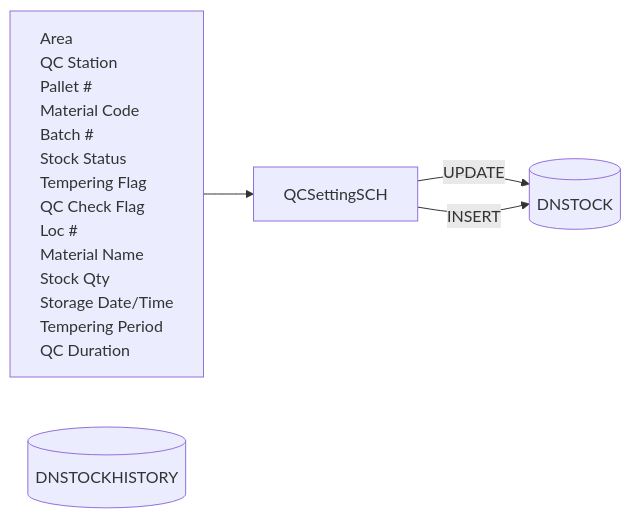
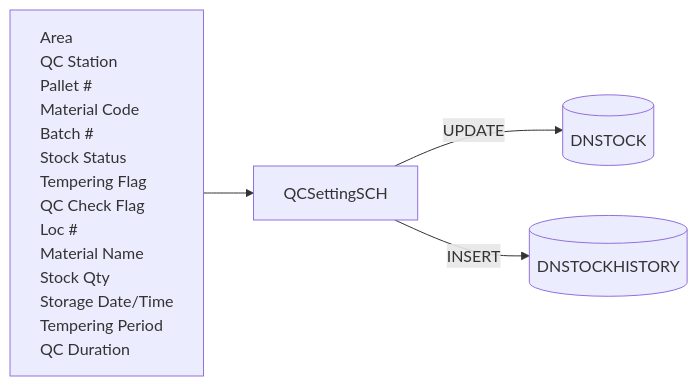
One commit to luthfiadityaa/SimeDarby-Wiki changed the second of 15 diagrams in Basic-Design/DFD-WMS/Retrieval/QC-Setting/Update-QC-Status.md. Above: the diagram before and after it, drawn with Mermaid.

Commit message:
Updated Update QC Status

```diff
--- a/Basic-Design/DFD-WMS/Retrieval/QC-Setting/Update-QC-Status.md
+++ b/Basic-Design/DFD-WMS/Retrieval/QC-Setting/Update-QC-Status.md
@@ -50,35 +50,35 @@
 ::: mermaid
 flowchart LR
     input[
         Area
         QC Station
         Pallet #
         Material Code
         Batch #
         Stock Status
         Tempering Flag
         QC Check Flag
         Loc #
         Material Name
         Stock Qty
         Storage Date/Time
         Tempering Period
         QC Duration
     ]
 
      tableList-update[("
         DNSTOCK
     ")]
 
      tableList-insert[("
         DNSTOCKHISTORY
     ")]
 
     input-->className[QCSettingSCH]
 
     className --> |UPDATE| tableList-update
-    className --> |INSERT| tableList-update
+    className --> |INSERT| tableList-insert
 
     classDef leftAlign text-align:left;
     class input leftAlign;
 :::
```
